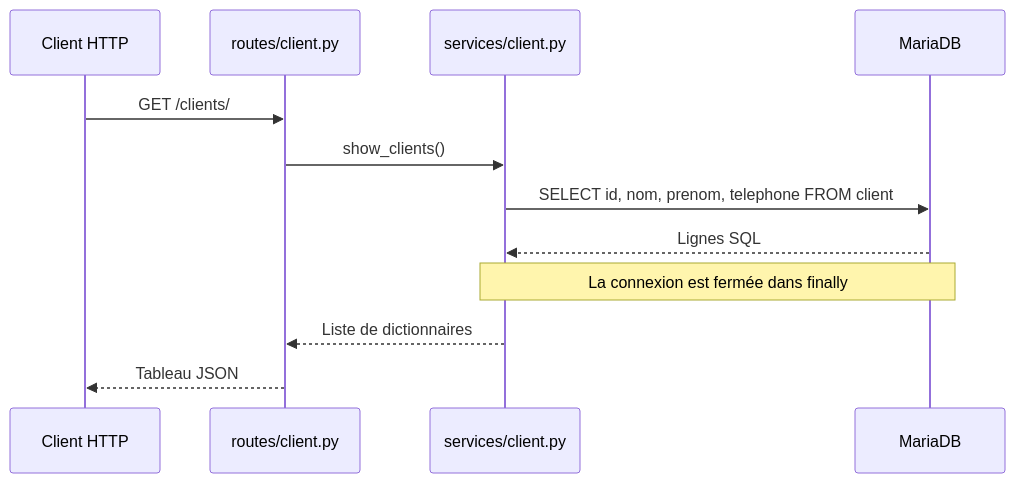
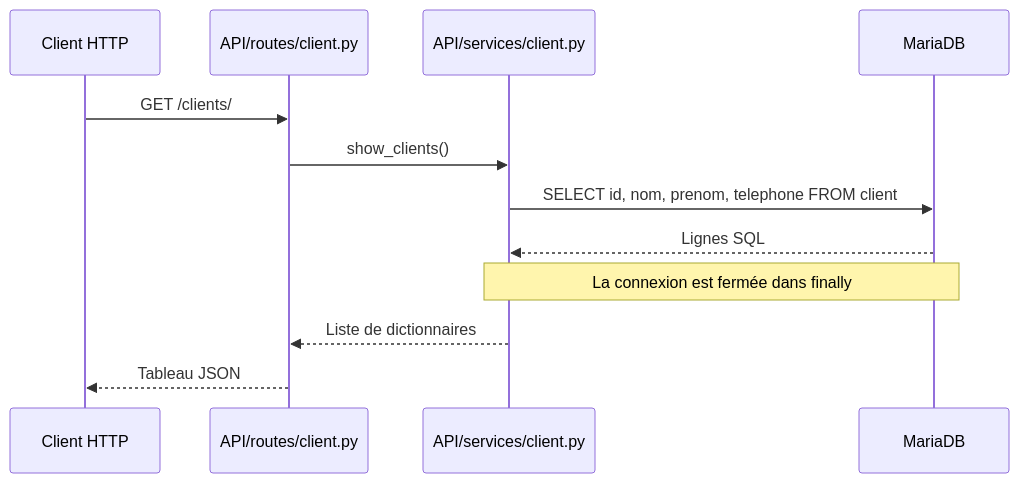
The diagram in README.md (Infinitium4/DEV-APP-METIER), drawn with Mermaid before and after one commit. The commit also changed 1 other file, not shown here.

Commit message:
doc ajouté

````diff
--- a/README.md
+++ b/README.md
@@ -69,14 +69,14 @@
 ```mermaid
 sequenceDiagram
     participant HTTP as Client HTTP
-    participant Route as routes/client.py
-    participant Service as services/client.py
+    participant Route as API/routes/client.py
+    participant Service as API/services/client.py
     participant BDD as MariaDB
     HTTP->>Route: GET /clients/
     Route->>Service: show_clients()
     Service->>BDD: SELECT id, nom, prenom, telephone FROM client
     BDD-->>Service: Lignes SQL
     Note over Service,BDD: La connexion est fermée dans finally
     Service-->>Route: Liste de dictionnaires
     Route-->>HTTP: Tableau JSON
 ```
````
